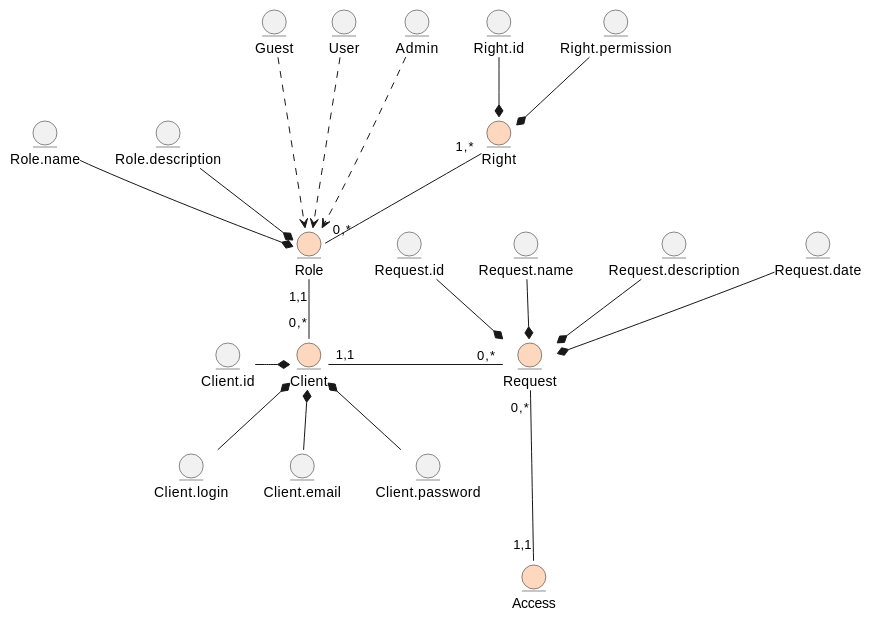
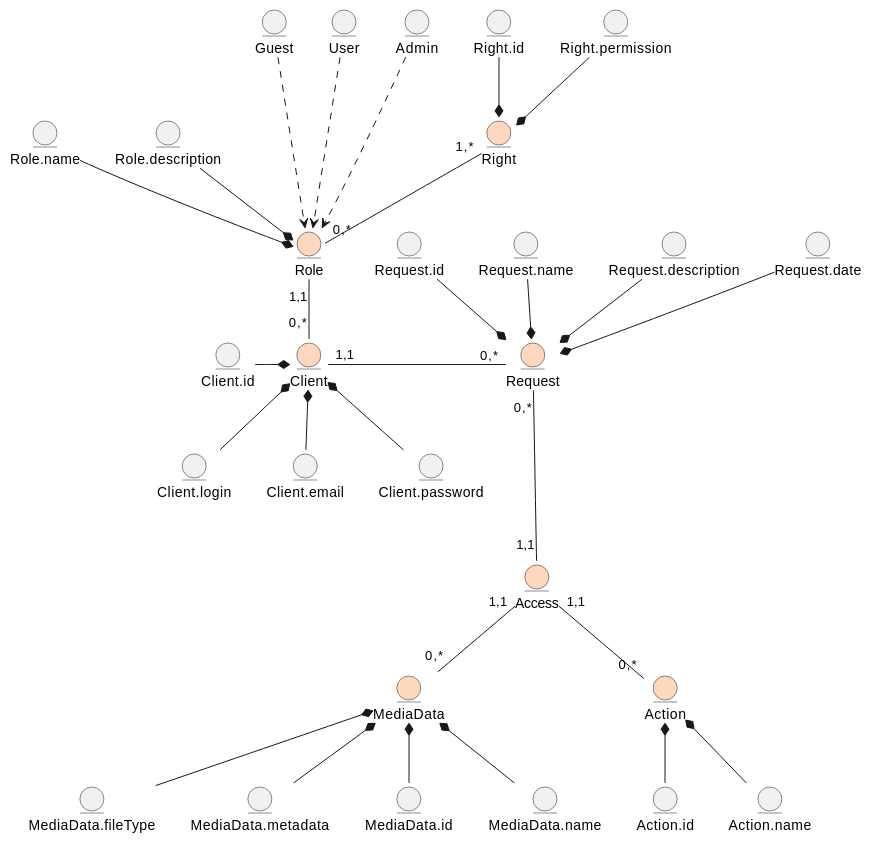
The diagram in docs/design/README.md (nonGratis/retarder-io-23-3), drawn with PlantUML before and after one commit.

Commit message:
add Actions and MediaData to UML in BM

````diff
--- a/docs/design/README.md
+++ b/docs/design/README.md
@@ -5,56 +5,76 @@
 ```plantuml
 @startuml
 
 entity Client #fdd8bf
   entity Client.id
   entity Client.login
   entity Client.email
   entity Client.password
 
   Client.id -r-* Client
   Client.login -u-* Client
   Client.email -u-* Client
   Client.password -u-* Client
 
 entity Role #fdd8bf
   entity Role.name
   entity Role.description
 
   Role.name --* Role
   Role.description --* Role
 
   entity Guest
   entity User
   entity Admin
 
   Guest ...> Role
   User ...> Role
   Admin ...> Role
 
 entity Right #fdd8bf
   entity Right.id
   entity Right.permission
 
   Right.id --* Right
   Right.permission --* Right
 
 entity Request #fdd8bf
   entity Request.id
   entity Request.name
   entity Request.description
   entity Request.date
  
   Request.id --* Request
   Request.name --* Request
   Request.description --* Request
   Request.date --* Request
 
 entity Access #fdd8bf
 
+entity Action #fdd8bf
+  entity Action.id
+  entity Action.name
+
+  Action.id -u-* Action
+  Action.name -u-* Action
+
+entity MediaData #fdd8bf
+  entity MediaData.id
+  entity MediaData.name
+  entity MediaData.fileType
+  entity MediaData.metadata
+
+  MediaData.id -u-* MediaData
+  MediaData.name -u-* MediaData
+  MediaData.fileType -u-* MediaData
+  MediaData.metadata -u-* MediaData
 
 Right "1,*"--"0,*" Role
 Role "1,1"--"0,*" Client
 Client "1,1"-r-"0,*" Request
 Request "0,*"---"1,1" Access
+Access "1,1"--"0,*" Action
+Access "1,1"--"0,*" MediaData
+
 @enduml
 ```
````
